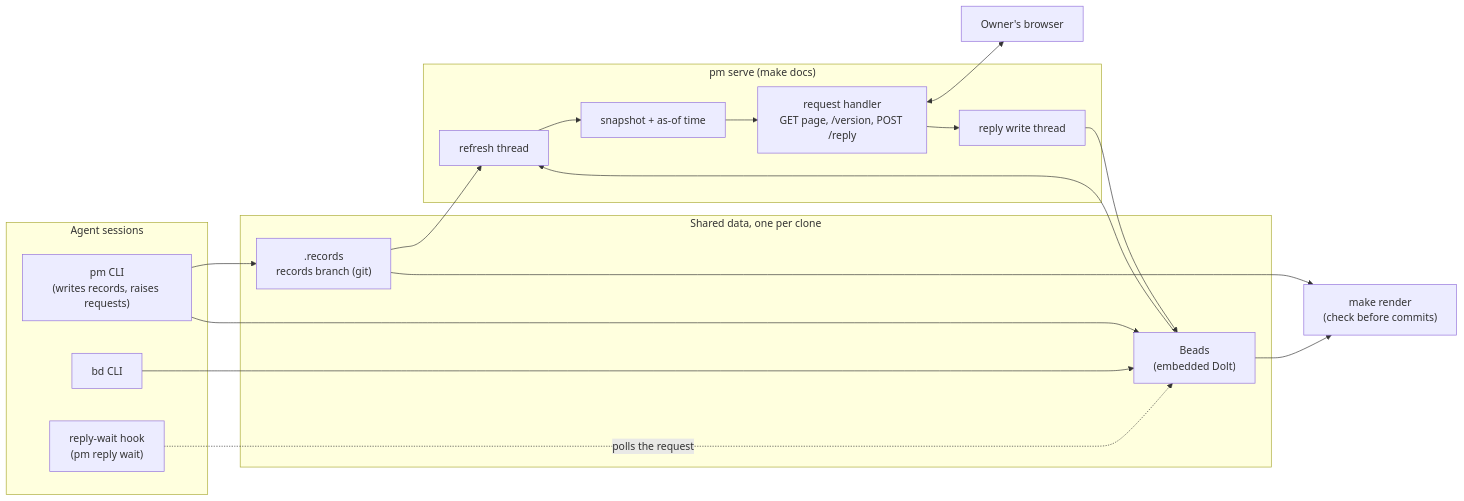
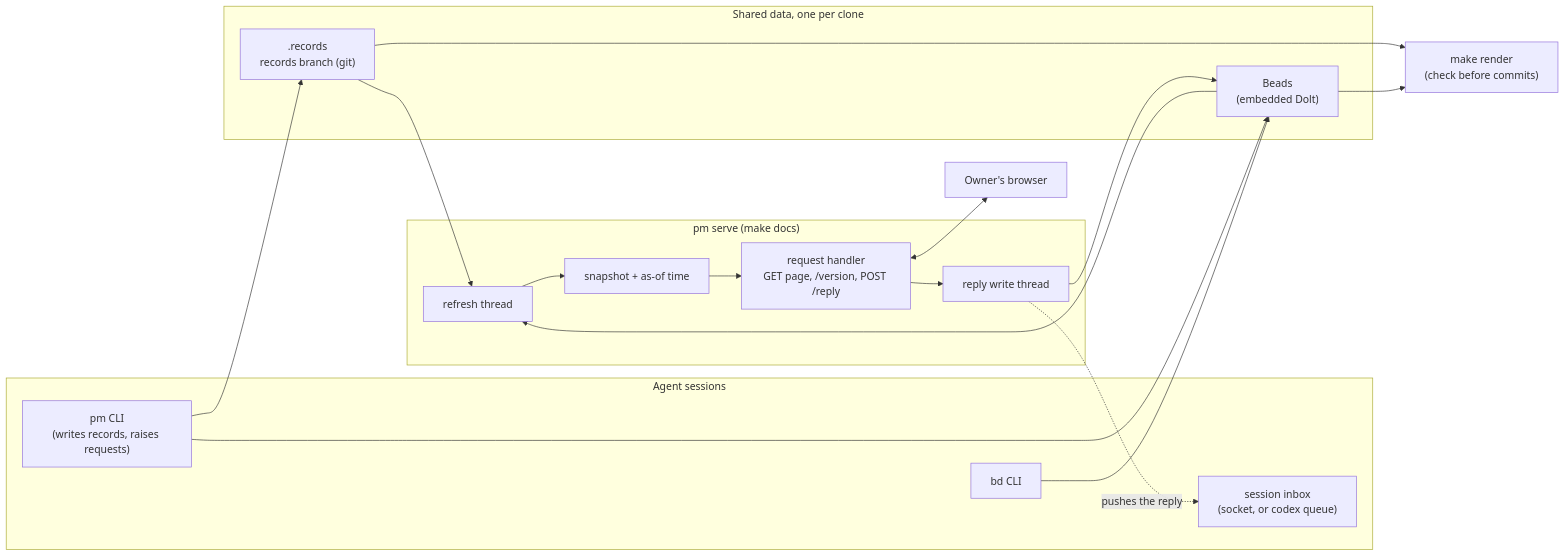
The first of 6 diagrams in design/views-and-site.md (Yeeef/pm), drawn with Mermaid before and after one commit. The commit also changed other lines of this file and 10 other files, not shown here.

Commit message:
Design pages: owner replies reach a session by push, with the pm show flag and pm reply read as safety net; pm reply wait and pm hook inbox removed (pm-quality sprint 34)

````diff
--- a/design/views-and-site.md
+++ b/design/views-and-site.md
@@ -71,32 +71,32 @@
 ```mermaid
 flowchart LR
   subgraph agents["Agent sessions"]
     pmcli["pm CLI<br/>(writes records, raises requests)"]
     bdcli["bd CLI"]
-    hook["reply-wait hook<br/>(pm reply wait)"]
+    inbox["session inbox<br/>(socket, or codex queue)"]
   end
   subgraph data["Shared data, one per clone"]
     store[".records<br/>records branch (git)"]
     dolt["Beads<br/>(embedded Dolt)"]
   end
   subgraph server["pm serve (make docs)"]
     refresh["refresh thread"]
     snap["snapshot + as-of time"]
     handler["request handler<br/>GET page, /version, POST /reply"]
     writer["reply write thread"]
   end
   browser["Owner's browser"]
   pmcli --> store
   pmcli --> dolt
   bdcli --> dolt
-  hook -. "polls the request" .-> dolt
   store --> refresh
   dolt --> refresh
   refresh --> snap
   snap --> handler
   handler <--> browser
   handler --> writer
   writer --> dolt
+  writer -. "pushes the reply" .-> inbox
   store --> render["make render<br/>(check before commits)"]
   dolt --> render
 ```
````
